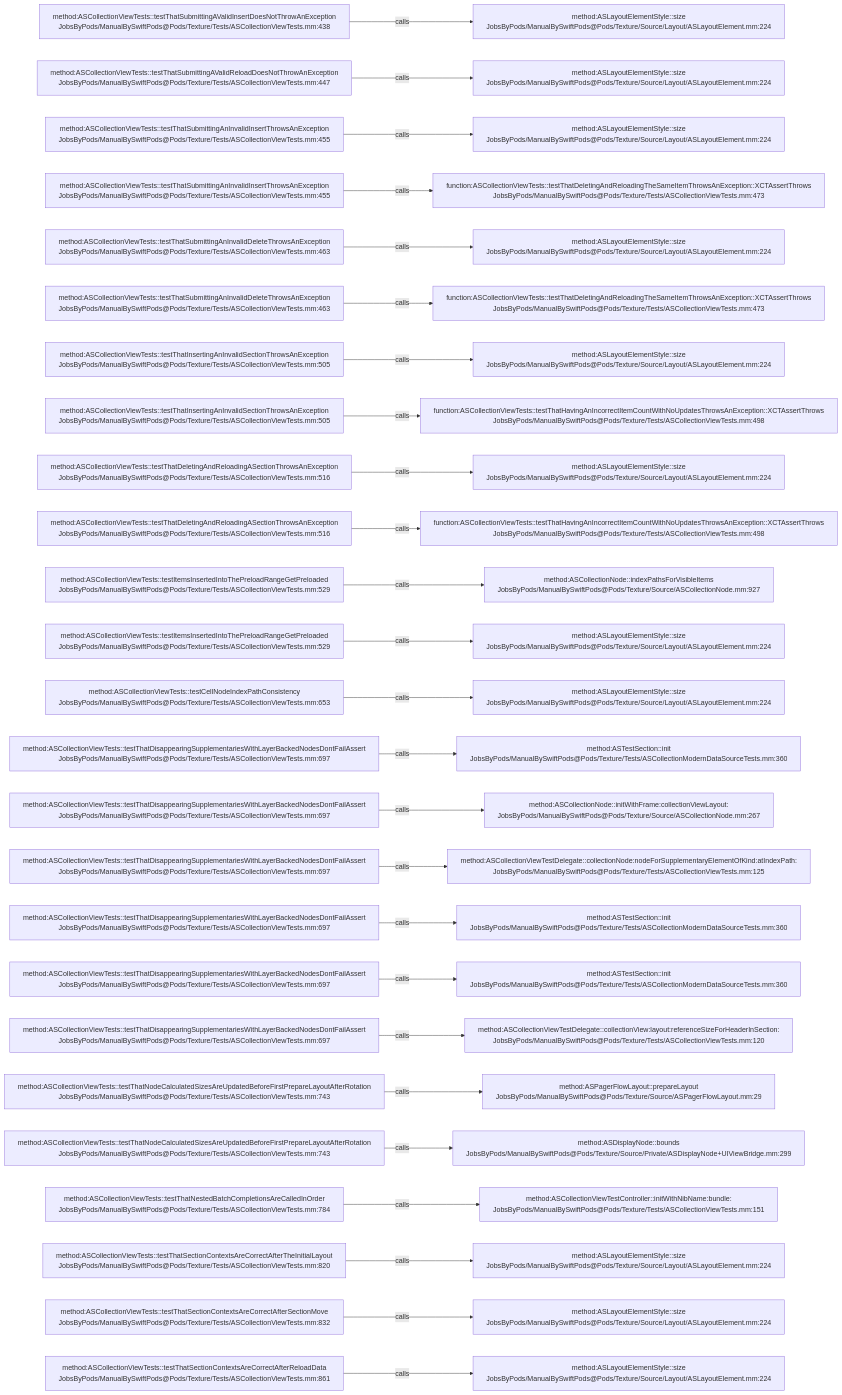
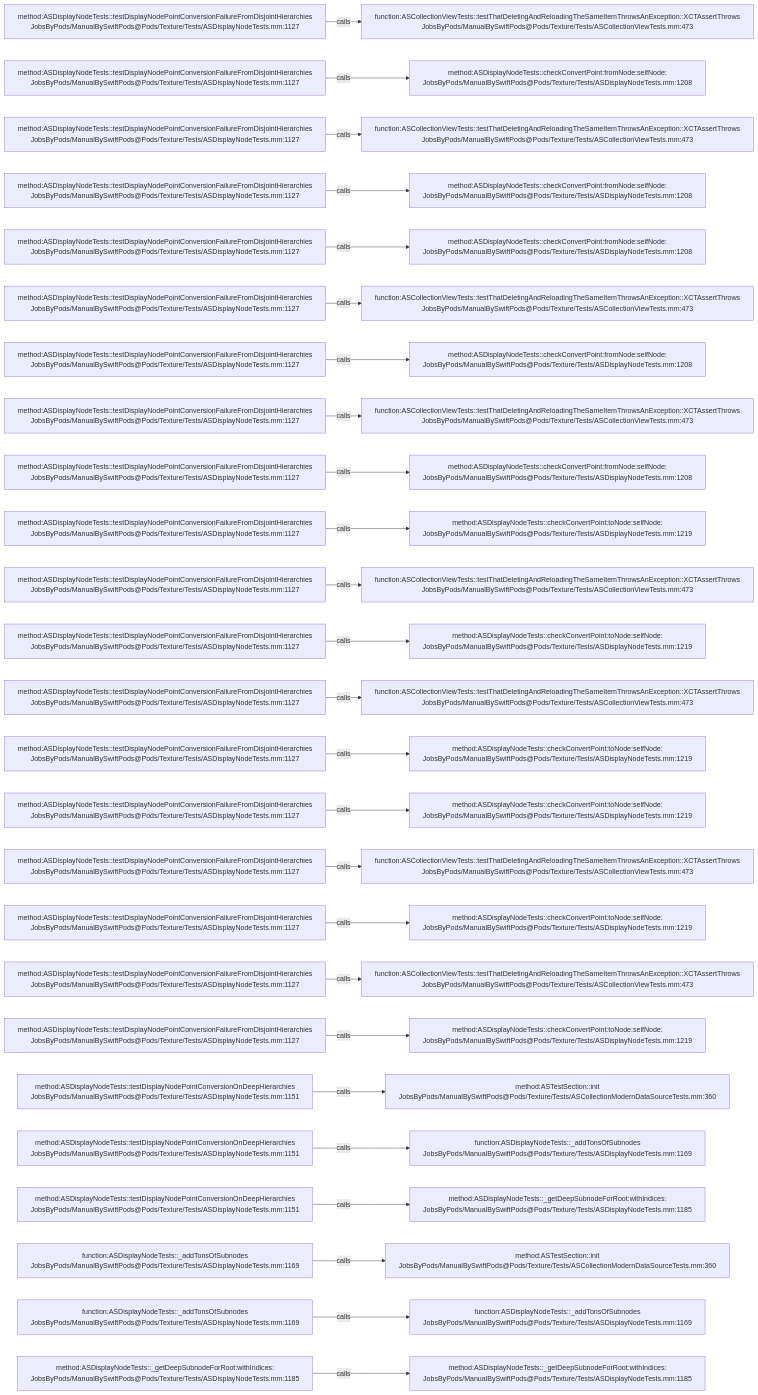
Before and after one commit to JobsKits/JobsSwiftBaseConfigDemo: the diagram in .codegraph/codegraph.md/graphs/calls-191.md, drawn with Mermaid. The commit also changed 832 other files, not shown here.

````diff
--- a/.codegraph/codegraph.md/graphs/calls-191.md
+++ b/.codegraph/codegraph.md/graphs/calls-191.md
@@ -13,78 +13,78 @@
 ```mermaid
 flowchart LR
-  S1["method:ASCollectionViewTests::testThatSubmittingAValidInsertDoesNotThrowAnException<br/>JobsByPods/ManualBySwiftPods@Pods/Texture/Tests/ASCollectionViewTests.mm:438"]
-  T1["method:ASLayoutElementStyle::size<br/>JobsByPods/ManualBySwiftPods@Pods/Texture/Source/Layout/ASLayoutElement.mm:224"]
+  S1["method:ASDisplayNodeTests::testDisplayNodePointConversionFailureFromDisjointHierarchies<br/>JobsByPods/ManualBySwiftPods@Pods/Texture/Tests/ASDisplayNodeTests.mm:1127"]
+  T1["function:ASCollectionViewTests::testThatDeletingAndReloadingTheSameItemThrowsAnException::XCTAssertThrows<br/>JobsByPods/ManualBySwiftPods@Pods/Texture/Tests/ASCollectionViewTests.mm:473"]
   S1 -->|calls| T1
-  S2["method:ASCollectionViewTests::testThatSubmittingAValidReloadDoesNotThrowAnException<br/>JobsByPods/ManualBySwiftPods@Pods/Texture/Tests/ASCollectionViewTests.mm:447"]
-  T2["method:ASLayoutElementStyle::size<br/>JobsByPods/ManualBySwiftPods@Pods/Texture/Source/Layout/ASLayoutElement.mm:224"]
+  S2["method:ASDisplayNodeTests::testDisplayNodePointConversionFailureFromDisjointHierarchies<br/>JobsByPods/ManualBySwiftPods@Pods/Texture/Tests/ASDisplayNodeTests.mm:1127"]
+  T2["method:ASDisplayNodeTests::checkConvertPoint:fromNode:selfNode:<br/>JobsByPods/ManualBySwiftPods@Pods/Texture/Tests/ASDisplayNodeTests.mm:1208"]
   S2 -->|calls| T2
-  S3["method:ASCollectionViewTests::testThatSubmittingAnInvalidInsertThrowsAnException<br/>JobsByPods/ManualBySwiftPods@Pods/Texture/Tests/ASCollectionViewTests.mm:455"]
-  T3["method:ASLayoutElementStyle::size<br/>JobsByPods/ManualBySwiftPods@Pods/Texture/Source/Layout/ASLayoutElement.mm:224"]
+  S3["method:ASDisplayNodeTests::testDisplayNodePointConversionFailureFromDisjointHierarchies<br/>JobsByPods/ManualBySwiftPods@Pods/Texture/Tests/ASDisplayNodeTests.mm:1127"]
+  T3["function:ASCollectionViewTests::testThatDeletingAndReloadingTheSameItemThrowsAnException::XCTAssertThrows<br/>JobsByPods/ManualBySwiftPods@Pods/Texture/Tests/ASCollectionViewTests.mm:473"]
   S3 -->|calls| T3
-  S4["method:ASCollectionViewTests::testThatSubmittingAnInvalidInsertThrowsAnException<br/>JobsByPods/ManualBySwiftPods@Pods/Texture/Tests/ASCollectionViewTests.mm:455"]
-  T4["function:ASCollectionViewTests::testThatDeletingAndReloadingTheSameItemThrowsAnException::XCTAssertThrows<br/>JobsByPods/ManualBySwiftPods@Pods/Texture/Tests/ASCollectionViewTests.mm:473"]
+  S4["method:ASDisplayNodeTests::testDisplayNodePointConversionFailureFromDisjointHierarchies<br/>JobsByPods/ManualBySwiftPods@Pods/Texture/Tests/ASDisplayNodeTests.mm:1127"]
+  T4["method:ASDisplayNodeTests::checkConvertPoint:fromNode:selfNode:<br/>JobsByPods/ManualBySwiftPods@Pods/Texture/Tests/ASDisplayNodeTests.mm:1208"]
   S4 -->|calls| T4
-  S5["method:ASCollectionViewTests::testThatSubmittingAnInvalidDeleteThrowsAnException<br/>JobsByPods/ManualBySwiftPods@Pods/Texture/Tests/ASCollectionViewTests.mm:463"]
-  T5["method:ASLayoutElementStyle::size<br/>JobsByPods/ManualBySwiftPods@Pods/Texture/Source/Layout/ASLayoutElement.mm:224"]
+  S5["method:ASDisplayNodeTests::testDisplayNodePointConversionFailureFromDisjointHierarchies<br/>JobsByPods/ManualBySwiftPods@Pods/Texture/Tests/ASDisplayNodeTests.mm:1127"]
+  T5["method:ASDisplayNodeTests::checkConvertPoint:fromNode:selfNode:<br/>JobsByPods/ManualBySwiftPods@Pods/Texture/Tests/ASDisplayNodeTests.mm:1208"]
   S5 -->|calls| T5
-  S6["method:ASCollectionViewTests::testThatSubmittingAnInvalidDeleteThrowsAnException<br/>JobsByPods/ManualBySwiftPods@Pods/Texture/Tests/ASCollectionViewTests.mm:463"]
+  S6["method:ASDisplayNodeTests::testDisplayNodePointConversionFailureFromDisjointHierarchies<br/>JobsByPods/ManualBySwiftPods@Pods/Texture/Tests/ASDisplayNodeTests.mm:1127"]
   T6["function:ASCollectionViewTests::testThatDeletingAndReloadingTheSameItemThrowsAnException::XCTAssertThrows<br/>JobsByPods/ManualBySwiftPods@Pods/Texture/Tests/ASCollectionViewTests.mm:473"]
   S6 -->|calls| T6
-  S7["method:ASCollectionViewTests::testThatInsertingAnInvalidSectionThrowsAnException<br/>JobsByPods/ManualBySwiftPods@Pods/Texture/Tests/ASCollectionViewTests.mm:505"]
-  T7["method:ASLayoutElementStyle::size<br/>JobsByPods/ManualBySwiftPods@Pods/Texture/Source/Layout/ASLayoutElement.mm:224"]
+  S7["method:ASDisplayNodeTests::testDisplayNodePointConversionFailureFromDisjointHierarchies<br/>JobsByPods/ManualBySwiftPods@Pods/Texture/Tests/ASDisplayNodeTests.mm:1127"]
+  T7["method:ASDisplayNodeTests::checkConvertPoint:fromNode:selfNode:<br/>JobsByPods/ManualBySwiftPods@Pods/Texture/Tests/ASDisplayNodeTests.mm:1208"]
   S7 -->|calls| T7
-  S8["method:ASCollectionViewTests::testThatInsertingAnInvalidSectionThrowsAnException<br/>JobsByPods/ManualBySwiftPods@Pods/Texture/Tests/ASCollectionViewTests.mm:505"]
-  T8["function:ASCollectionViewTests::testThatHavingAnIncorrectItemCountWithNoUpdatesThrowsAnException::XCTAssertThrows<br/>JobsByPods/ManualBySwiftPods@Pods/Texture/Tests/ASCollectionViewTests.mm:498"]
+  S8["method:ASDisplayNodeTests::testDisplayNodePointConversionFailureFromDisjointHierarchies<br/>JobsByPods/ManualBySwiftPods@Pods/Texture/Tests/ASDisplayNodeTests.mm:1127"]
+  T8["function:ASCollectionViewTests::testThatDeletingAndReloadingTheSameItemThrowsAnException::XCTAssertThrows<br/>JobsByPods/ManualBySwiftPods@Pods/Texture/Tests/ASCollectionViewTests.mm:473"]
   S8 -->|calls| T8
-  S9["method:ASCollectionViewTests::testThatDeletingAndReloadingASectionThrowsAnException<br/>JobsByPods/ManualBySwiftPods@Pods/Texture/Tests/ASCollectionViewTests.mm:516"]
-  T9["method:ASLayoutElementStyle::size<br/>JobsByPods/ManualBySwiftPods@Pods/Texture/Source/Layout/ASLayoutElement.mm:224"]
+  S9["method:ASDisplayNodeTests::testDisplayNodePointConversionFailureFromDisjointHierarchies<br/>JobsByPods/ManualBySwiftPods@Pods/Texture/Tests/ASDisplayNodeTests.mm:1127"]
+  T9["method:ASDisplayNodeTests::checkConvertPoint:fromNode:selfNode:<br/>JobsByPods/ManualBySwiftPods@Pods/Texture/Tests/ASDisplayNodeTests.mm:1208"]
   S9 -->|calls| T9
-  S10["method:ASCollectionViewTests::testThatDeletingAndReloadingASectionThrowsAnException<br/>JobsByPods/ManualBySwiftPods@Pods/Texture/Tests/ASCollectionViewTests.mm:516"]
-  T10["function:ASCollectionViewTests::testThatHavingAnIncorrectItemCountWithNoUpdatesThrowsAnException::XCTAssertThrows<br/>JobsByPods/ManualBySwiftPods@Pods/Texture/Tests/ASCollectionViewTests.mm:498"]
+  S10["method:ASDisplayNodeTests::testDisplayNodePointConversionFailureFromDisjointHierarchies<br/>JobsByPods/ManualBySwiftPods@Pods/Texture/Tests/ASDisplayNodeTests.mm:1127"]
+  T10["method:ASDisplayNodeTests::checkConvertPoint:toNode:selfNode:<br/>JobsByPods/ManualBySwiftPods@Pods/Texture/Tests/ASDisplayNodeTests.mm:1219"]
   S10 -->|calls| T10
-  S11["method:ASCollectionViewTests::testItemsInsertedIntoThePreloadRangeGetPreloaded<br/>JobsByPods/ManualBySwiftPods@Pods/Texture/Tests/ASCollectionViewTests.mm:529"]
-  T11["method:ASCollectionNode::indexPathsForVisibleItems<br/>JobsByPods/ManualBySwiftPods@Pods/Texture/Source/ASCollectionNode.mm:927"]
+  S11["method:ASDisplayNodeTests::testDisplayNodePointConversionFailureFromDisjointHierarchies<br/>JobsByPods/ManualBySwiftPods@Pods/Texture/Tests/ASDisplayNodeTests.mm:1127"]
+  T11["function:ASCollectionViewTests::testThatDeletingAndReloadingTheSameItemThrowsAnException::XCTAssertThrows<br/>JobsByPods/ManualBySwiftPods@Pods/Texture/Tests/ASCollectionViewTests.mm:473"]
   S11 -->|calls| T11
-  S12["method:ASCollectionViewTests::testItemsInsertedIntoThePreloadRangeGetPreloaded<br/>JobsByPods/ManualBySwiftPods@Pods/Texture/Tests/ASCollectionViewTests.mm:529"]
-  T12["method:ASLayoutElementStyle::size<br/>JobsByPods/ManualBySwiftPods@Pods/Texture/Source/Layout/ASLayoutElement.mm:224"]
+  S12["method:ASDisplayNodeTests::testDisplayNodePointConversionFailureFromDisjointHierarchies<br/>JobsByPods/ManualBySwiftPods@Pods/Texture/Tests/ASDisplayNodeTests.mm:1127"]
+  T12["method:ASDisplayNodeTests::checkConvertPoint:toNode:selfNode:<br/>JobsByPods/ManualBySwiftPods@Pods/Texture/Tests/ASDisplayNodeTests.mm:1219"]
   S12 -->|calls| T12
-  S13["method:ASCollectionViewTests::testCellNodeIndexPathConsistency<br/>JobsByPods/ManualBySwiftPods@Pods/Texture/Tests/ASCollectionViewTests.mm:653"]
-  T13["method:ASLayoutElementStyle::size<br/>JobsByPods/ManualBySwiftPods@Pods/Texture/Source/Layout/ASLayoutElement.mm:224"]
+  S13["method:ASDisplayNodeTests::testDisplayNodePointConversionFailureFromDisjointHierarchies<br/>JobsByPods/ManualBySwiftPods@Pods/Texture/Tests/ASDisplayNodeTests.mm:1127"]
+  T13["function:ASCollectionViewTests::testThatDeletingAndReloadingTheSameItemThrowsAnException::XCTAssertThrows<br/>JobsByPods/ManualBySwiftPods@Pods/Texture/Tests/ASCollectionViewTests.mm:473"]
   S13 -->|calls| T13
-  S14["method:ASCollectionViewTests::testThatDisappearingSupplementariesWithLayerBackedNodesDontFailAssert<br/>JobsByPods/ManualBySwiftPods@Pods/Texture/Tests/ASCollectionViewTests.mm:697"]
-  T14["method:ASTestSection::init<br/>JobsByPods/ManualBySwiftPods@Pods/Texture/Tests/ASCollectionModernDataSourceTests.mm:360"]
+  S14["method:ASDisplayNodeTests::testDisplayNodePointConversionFailureFromDisjointHierarchies<br/>JobsByPods/ManualBySwiftPods@Pods/Texture/Tests/ASDisplayNodeTests.mm:1127"]
+  T14["method:ASDisplayNodeTests::checkConvertPoint:toNode:selfNode:<br/>JobsByPods/ManualBySwiftPods@Pods/Texture/Tests/ASDisplayNodeTests.mm:1219"]
   S14 -->|calls| T14
-  S15["method:ASCollectionViewTests::testThatDisappearingSupplementariesWithLayerBackedNodesDontFailAssert<br/>JobsByPods/ManualBySwiftPods@Pods/Texture/Tests/ASCollectionViewTests.mm:697"]
-  T15["method:ASCollectionNode::initWithFrame:collectionViewLayout:<br/>JobsByPods/ManualBySwiftPods@Pods/Texture/Source/ASCollectionNode.mm:267"]
+  S15["method:ASDisplayNodeTests::testDisplayNodePointConversionFailureFromDisjointHierarchies<br/>JobsByPods/ManualBySwiftPods@Pods/Texture/Tests/ASDisplayNodeTests.mm:1127"]
+  T15["method:ASDisplayNodeTests::checkConvertPoint:toNode:selfNode:<br/>JobsByPods/ManualBySwiftPods@Pods/Texture/Tests/ASDisplayNodeTests.mm:1219"]
   S15 -->|calls| T15
-  S16["method:ASCollectionViewTests::testThatDisappearingSupplementariesWithLayerBackedNodesDontFailAssert<br/>JobsByPods/ManualBySwiftPods@Pods/Texture/Tests/ASCollectionViewTests.mm:697"]
-  T16["method:ASCollectionViewTestDelegate::collectionNode:nodeForSupplementaryElementOfKind:atIndexPath:<br/>JobsByPods/ManualBySwiftPods@Pods/Texture/Tests/ASCollectionViewTests.mm:125"]
+  S16["method:ASDisplayNodeTests::testDisplayNodePointConversionFailureFromDisjointHierarchies<br/>JobsByPods/ManualBySwiftPods@Pods/Texture/Tests/ASDisplayNodeTests.mm:1127"]
+  T16["function:ASCollectionViewTests::testThatDeletingAndReloadingTheSameItemThrowsAnException::XCTAssertThrows<br/>JobsByPods/ManualBySwiftPods@Pods/Texture/Tests/ASCollectionViewTests.mm:473"]
   S16 -->|calls| T16
-  S17["method:ASCollectionViewTests::testThatDisappearingSupplementariesWithLayerBackedNodesDontFailAssert<br/>JobsByPods/ManualBySwiftPods@Pods/Texture/Tests/ASCollectionViewTests.mm:697"]
-  T17["method:ASTestSection::init<br/>JobsByPods/ManualBySwiftPods@Pods/Texture/Tests/ASCollectionModernDataSourceTests.mm:360"]
+  S17["method:ASDisplayNodeTests::testDisplayNodePointConversionFailureFromDisjointHierarchies<br/>JobsByPods/ManualBySwiftPods@Pods/Texture/Tests/ASDisplayNodeTests.mm:1127"]
+  T17["method:ASDisplayNodeTests::checkConvertPoint:toNode:selfNode:<br/>JobsByPods/ManualBySwiftPods@Pods/Texture/Tests/ASDisplayNodeTests.mm:1219"]
   S17 -->|calls| T17
-  S18["method:ASCollectionViewTests::testThatDisappearingSupplementariesWithLayerBackedNodesDontFailAssert<br/>JobsByPods/ManualBySwiftPods@Pods/Texture/Tests/ASCollectionViewTests.mm:697"]
-  T18["method:ASTestSection::init<br/>JobsByPods/ManualBySwiftPods@Pods/Texture/Tests/ASCollectionModernDataSourceTests.mm:360"]
+  S18["method:ASDisplayNodeTests::testDisplayNodePointConversionFailureFromDisjointHierarchies<br/>JobsByPods/ManualBySwiftPods@Pods/Texture/Tests/ASDisplayNodeTests.mm:1127"]
+  T18["function:ASCollectionViewTests::testThatDeletingAndReloadingTheSameItemThrowsAnException::XCTAssertThrows<br/>JobsByPods/ManualBySwiftPods@Pods/Texture/Tests/ASCollectionViewTests.mm:473"]
   S18 -->|calls| T18
-  S19["method:ASCollectionViewTests::testThatDisappearingSupplementariesWithLayerBackedNodesDontFailAssert<br/>JobsByPods/ManualBySwiftPods@Pods/Texture/Tests/ASCollectionViewTests.mm:697"]
-  T19["method:ASCollectionViewTestDelegate::collectionView:layout:referenceSizeForHeaderInSection:<br/>JobsByPods/ManualBySwiftPods@Pods/Texture/Tests/ASCollectionViewTests.mm:120"]
+  S19["method:ASDisplayNodeTests::testDisplayNodePointConversionFailureFromDisjointHierarchies<br/>JobsByPods/ManualBySwiftPods@Pods/Texture/Tests/ASDisplayNodeTests.mm:1127"]
+  T19["method:ASDisplayNodeTests::checkConvertPoint:toNode:selfNode:<br/>JobsByPods/ManualBySwiftPods@Pods/Texture/Tests/ASDisplayNodeTests.mm:1219"]
   S19 -->|calls| T19
-  S20["method:ASCollectionViewTests::testThatNodeCalculatedSizesAreUpdatedBeforeFirstPrepareLayoutAfterRotation<br/>JobsByPods/ManualBySwiftPods@Pods/Texture/Tests/ASCollectionViewTests.mm:743"]
-  T20["method:ASPagerFlowLayout::prepareLayout<br/>JobsByPods/ManualBySwiftPods@Pods/Texture/Source/ASPagerFlowLayout.mm:29"]
+  S20["method:ASDisplayNodeTests::testDisplayNodePointConversionOnDeepHierarchies<br/>JobsByPods/ManualBySwiftPods@Pods/Texture/Tests/ASDisplayNodeTests.mm:1151"]
+  T20["method:ASTestSection::init<br/>JobsByPods/ManualBySwiftPods@Pods/Texture/Tests/ASCollectionModernDataSourceTests.mm:360"]
   S20 -->|calls| T20
-  S21["method:ASCollectionViewTests::testThatNodeCalculatedSizesAreUpdatedBeforeFirstPrepareLayoutAfterRotation<br/>JobsByPods/ManualBySwiftPods@Pods/Texture/Tests/ASCollectionViewTests.mm:743"]
-  T21["method:ASDisplayNode::bounds<br/>JobsByPods/ManualBySwiftPods@Pods/Texture/Source/Private/ASDisplayNode+UIViewBridge.mm:299"]
+  S21["method:ASDisplayNodeTests::testDisplayNodePointConversionOnDeepHierarchies<br/>JobsByPods/ManualBySwiftPods@Pods/Texture/Tests/ASDisplayNodeTests.mm:1151"]
+  T21["function:ASDisplayNodeTests::_addTonsOfSubnodes<br/>JobsByPods/ManualBySwiftPods@Pods/Texture/Tests/ASDisplayNodeTests.mm:1169"]
   S21 -->|calls| T21
-  S22["method:ASCollectionViewTests::testThatNestedBatchCompletionsAreCalledInOrder<br/>JobsByPods/ManualBySwiftPods@Pods/Texture/Tests/ASCollectionViewTests.mm:784"]
-  T22["method:ASCollectionViewTestController::initWithNibName:bundle:<br/>JobsByPods/ManualBySwiftPods@Pods/Texture/Tests/ASCollectionViewTests.mm:151"]
+  S22["method:ASDisplayNodeTests::testDisplayNodePointConversionOnDeepHierarchies<br/>JobsByPods/ManualBySwiftPods@Pods/Texture/Tests/ASDisplayNodeTests.mm:1151"]
+  T22["method:ASDisplayNodeTests::_getDeepSubnodeForRoot:withIndices:<br/>JobsByPods/ManualBySwiftPods@Pods/Texture/Tests/ASDisplayNodeTests.mm:1185"]
   S22 -->|calls| T22
-  S23["method:ASCollectionViewTests::testThatSectionContextsAreCorrectAfterTheInitialLayout<br/>JobsByPods/ManualBySwiftPods@Pods/Texture/Tests/ASCollectionViewTests.mm:820"]
-  T23["method:ASLayoutElementStyle::size<br/>JobsByPods/ManualBySwiftPods@Pods/Texture/Source/Layout/ASLayoutElement.mm:224"]
+  S23["function:ASDisplayNodeTests::_addTonsOfSubnodes<br/>JobsByPods/ManualBySwiftPods@Pods/Texture/Tests/ASDisplayNodeTests.mm:1169"]
+  T23["method:ASTestSection::init<br/>JobsByPods/ManualBySwiftPods@Pods/Texture/Tests/ASCollectionModernDataSourceTests.mm:360"]
   S23 -->|calls| T23
-  S24["method:ASCollectionViewTests::testThatSectionContextsAreCorrectAfterSectionMove<br/>JobsByPods/ManualBySwiftPods@Pods/Texture/Tests/ASCollectionViewTests.mm:832"]
-  T24["method:ASLayoutElementStyle::size<br/>JobsByPods/ManualBySwiftPods@Pods/Texture/Source/Layout/ASLayoutElement.mm:224"]
+  S24["function:ASDisplayNodeTests::_addTonsOfSubnodes<br/>JobsByPods/ManualBySwiftPods@Pods/Texture/Tests/ASDisplayNodeTests.mm:1169"]
+  T24["function:ASDisplayNodeTests::_addTonsOfSubnodes<br/>JobsByPods/ManualBySwiftPods@Pods/Texture/Tests/ASDisplayNodeTests.mm:1169"]
   S24 -->|calls| T24
-  S25["method:ASCollectionViewTests::testThatSectionContextsAreCorrectAfterReloadData<br/>JobsByPods/ManualBySwiftPods@Pods/Texture/Tests/ASCollectionViewTests.mm:861"]
-  T25["method:ASLayoutElementStyle::size<br/>JobsByPods/ManualBySwiftPods@Pods/Texture/Source/Layout/ASLayoutElement.mm:224"]
+  S25["method:ASDisplayNodeTests::_getDeepSubnodeForRoot:withIndices:<br/>JobsByPods/ManualBySwiftPods@Pods/Texture/Tests/ASDisplayNodeTests.mm:1185"]
+  T25["method:ASDisplayNodeTests::_getDeepSubnodeForRoot:withIndices:<br/>JobsByPods/ManualBySwiftPods@Pods/Texture/Tests/ASDisplayNodeTests.mm:1185"]
   S25 -->|calls| T25
 ```
````
